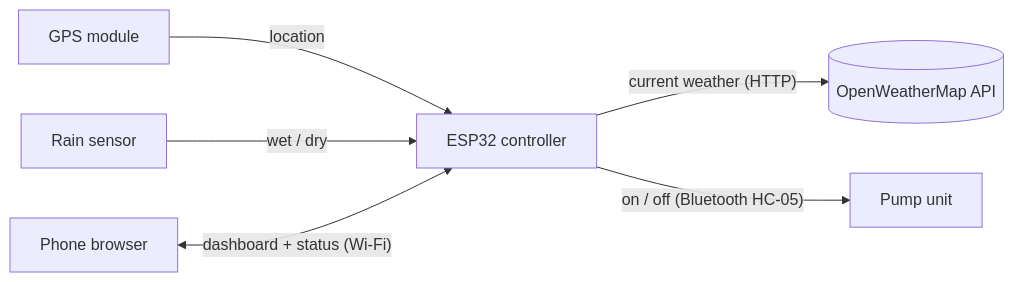
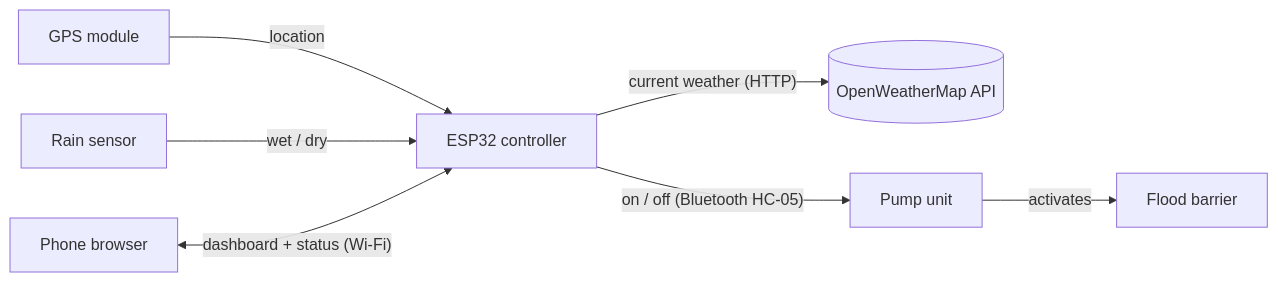
Before and after one commit to pqthangv/FloodBarrier: the diagram in README.md, drawn with Mermaid. The commit also changed other lines of this file and 1 other file, not shown here.

````diff
--- a/README.md
+++ b/README.md
@@ -31,8 +29,9 @@
 ```mermaid
 flowchart LR
     gps["GPS module"] -->|location| esp["ESP32 controller"]
     rain["Rain sensor"] -->|wet / dry| esp
     esp -->|"current weather (HTTP)"| owm[("OpenWeatherMap API")]
     phone["Phone browser"] <-->|"dashboard + status (Wi-Fi)"| esp
     esp -->|"on / off (Bluetooth HC-05)"| pump["Pump unit"]
+    pump -->|activates| barrier["Flood barrier"]
 ```
````
